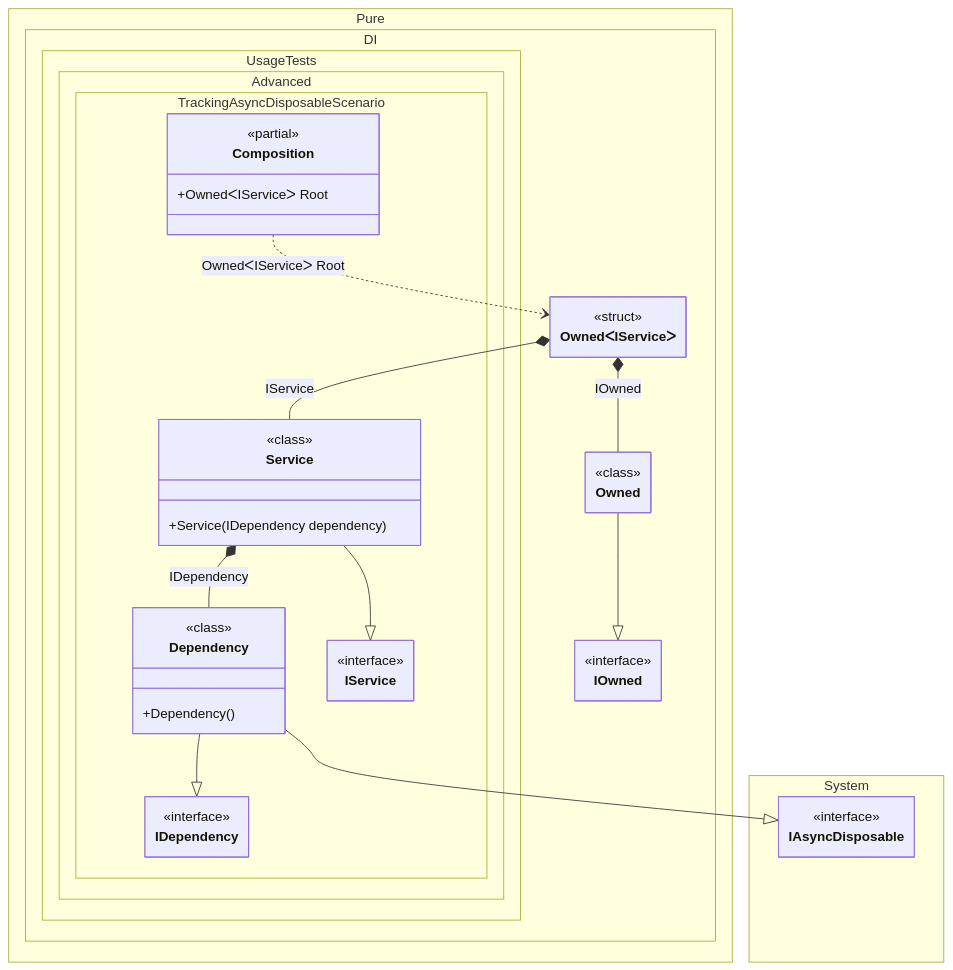
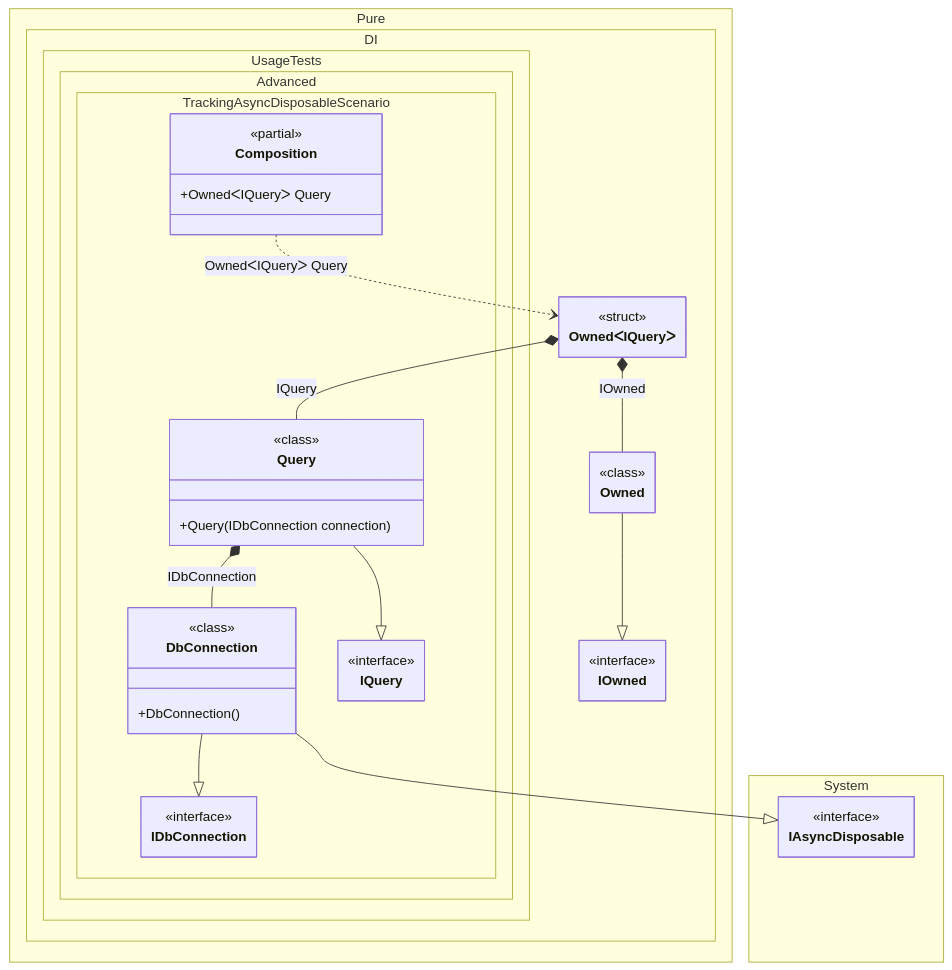
One commit to DevTeam/Pure.DI changed the diagram in readme/tracking-async-disposable-instances-per-a-composition-root.md. Above: the diagram before and after it, drawn with Mermaid. The commit also changed other lines of this file and 126 other files, not shown here.

````diff
--- a/readme/tracking-async-disposable-instances-per-a-composition-root.md
+++ b/readme/tracking-async-disposable-instances-per-a-composition-root.md
@@ -159,54 +160,54 @@
 ```mermaid
 ---
  config:
   maxTextSize: 2147483647
   maxEdges: 2147483647
   class:
    hideEmptyMembersBox: true
 ---
 classDiagram
 	Owned --|> IOwned
-	Dependency --|> IDependency
-	Dependency --|> IAsyncDisposable
-	Service --|> IService
-	Composition ..> OwnedᐸIServiceᐳ : OwnedᐸIServiceᐳ Root
-	Service *--  Dependency : IDependency
-	OwnedᐸIServiceᐳ *--  Owned : IOwned
-	OwnedᐸIServiceᐳ *--  Service : IService
+	DbConnection --|> IDbConnection
+	DbConnection --|> IAsyncDisposable
+	Query --|> IQuery
+	Composition ..> OwnedᐸIQueryᐳ : OwnedᐸIQueryᐳ Query
+	Query *--  DbConnection : IDbConnection
+	OwnedᐸIQueryᐳ *--  Owned : IOwned
+	OwnedᐸIQueryᐳ *--  Query : IQuery
 	namespace Pure.DI {
 		class IOwned {
 			<<interface>>
 		}
 		class Owned {
 				<<class>>
 		}
-		class OwnedᐸIServiceᐳ {
+		class OwnedᐸIQueryᐳ {
 				<<struct>>
 		}
 	}
 	namespace Pure.DI.UsageTests.Advanced.TrackingAsyncDisposableScenario {
 		class Composition {
 		<<partial>>
-		+OwnedᐸIServiceᐳ Root
+		+OwnedᐸIQueryᐳ Query
 		}
-		class Dependency {
+		class DbConnection {
 				<<class>>
-			+Dependency()
+			+DbConnection()
 		}
-		class IDependency {
+		class IDbConnection {
 			<<interface>>
 		}
-		class IService {
+		class IQuery {
 			<<interface>>
 		}
-		class Service {
+		class Query {
 				<<class>>
-			+Service(IDependency dependency)
+			+Query(IDbConnection connection)
 		}
 	}
 	namespace System {
 		class IAsyncDisposable {
 			<<interface>>
 		}
 	}
 ```
````
